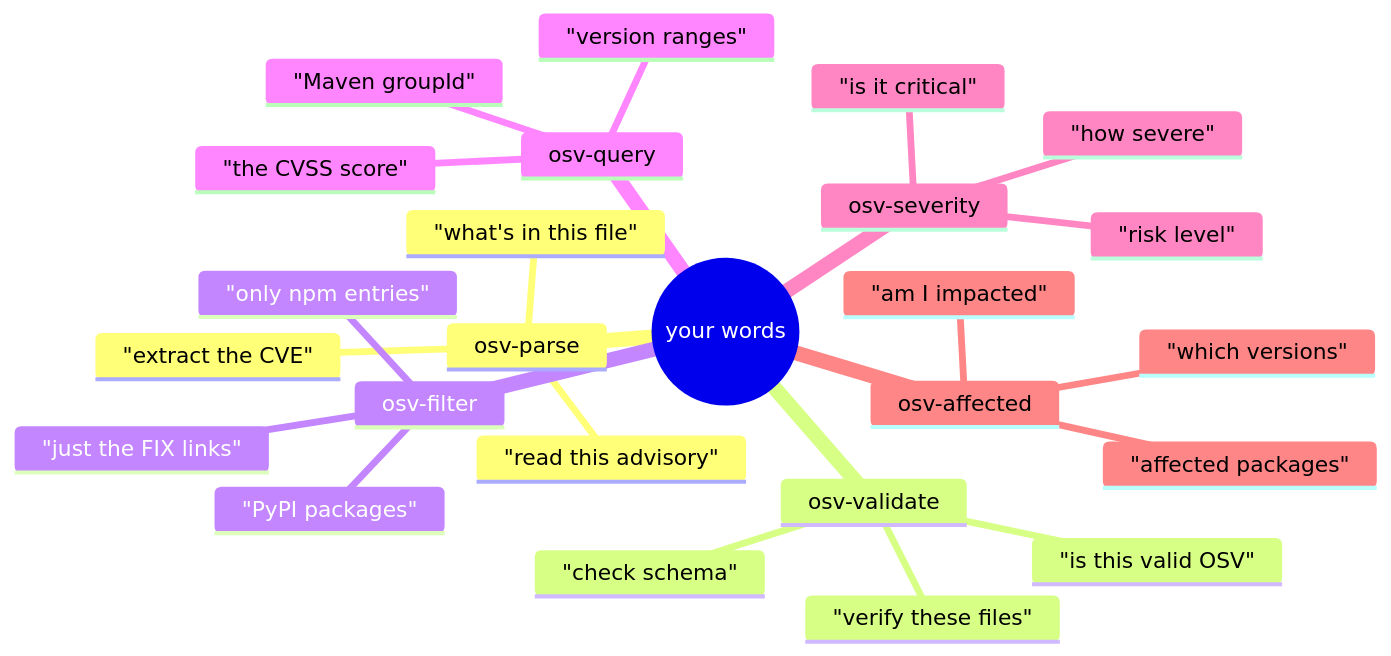
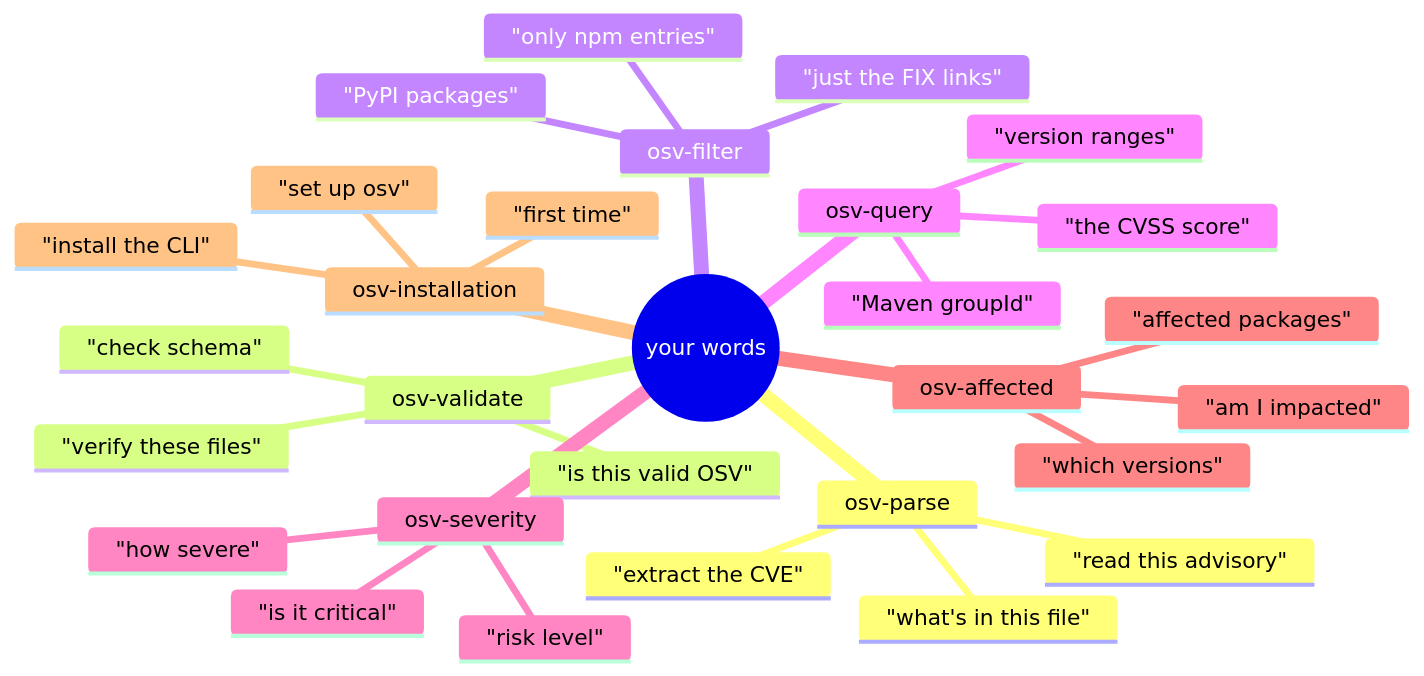
The first of 5 diagrams in website/guide/skills.md (scagogogo/osv-schema-skills), drawn with Mermaid before and after one commit. The commit also changed 1 other file, not shown here.

Commit message:
docs(website): add osv-installation trigger phrases to skills mindmap (EN+ZH)
The trigger-phrase mindmap listed all 6 data skills but omitted
osv-installation, leaving the 7th skill without any routing examples
even though the table above includes it. Added 3 installation trigger
phrases for parity.

````diff
--- a/website/guide/skills.md
+++ b/website/guide/skills.md
@@ -23,28 +23,32 @@
 ```mermaid
 mindmap
   root((your words))
     osv-parse
       "read this advisory"
       "what's in this file"
       "extract the CVE"
     osv-validate
       "is this valid OSV"
       "check schema"
       "verify these files"
     osv-filter
       "only npm entries"
       "PyPI packages"
       "just the FIX links"
     osv-query
       "the CVSS score"
       "Maven groupId"
       "version ranges"
     osv-severity
       "how severe"
       "risk level"
       "is it critical"
     osv-affected
       "which versions"
       "am I impacted"
       "affected packages"
+    osv-installation
+      "install the CLI"
+      "set up osv"
+      "first time"
 ```
````
